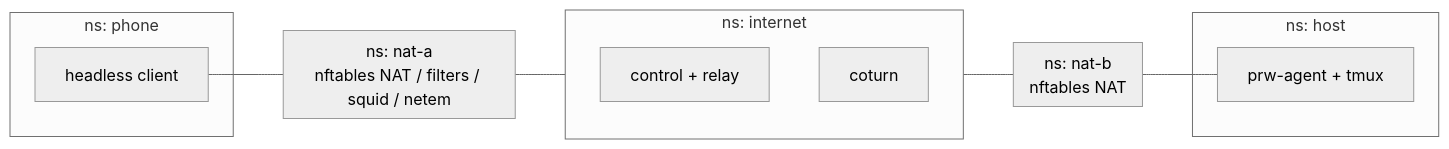
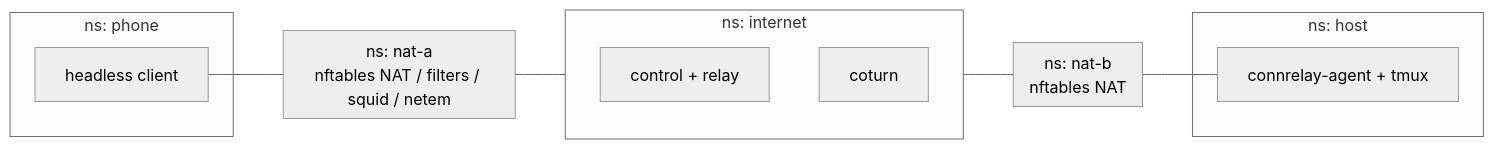
One commit to rohansen856/ConnRelay changed the diagram in docs/development/testing.md. Above: the diagram before and after it, drawn with Mermaid (neutral theme). The commit also changed other lines of this file and 17 other files, not shown here.

````diff
--- a/docs/development/testing.md
+++ b/docs/development/testing.md
@@ -49,18 +49,18 @@
 ```mermaid
 flowchart LR
   subgraph phone_ns["ns: phone"]
     PC[headless client]
   end
   subgraph nat1["ns: nat-a<br/>nftables NAT / filters / squid / netem"]
   end
   subgraph core_ns["ns: internet"]
     CTRL[control + relay]
     TURN[coturn]
   end
   subgraph nat2["ns: nat-b<br/>nftables NAT"]
   end
   subgraph host_ns["ns: host"]
-    AG[prw-agent + tmux]
+    AG[connrelay-agent + tmux]
   end
   PC --- nat1 --- core_ns --- nat2 --- AG
 ```
````
